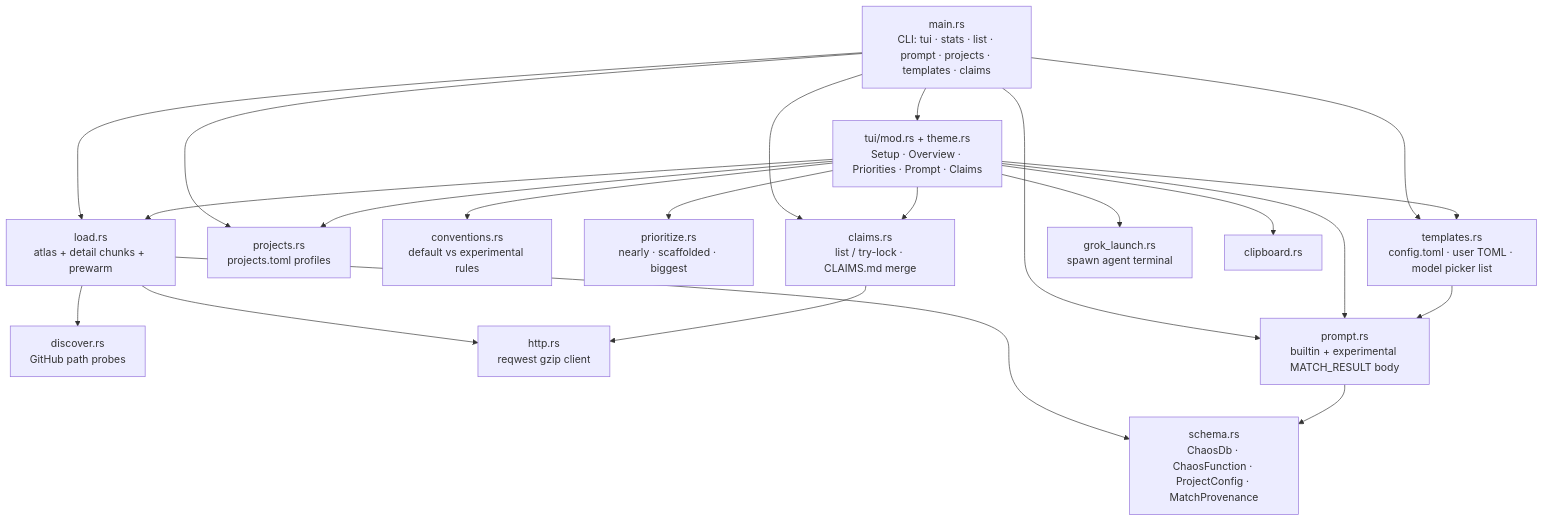
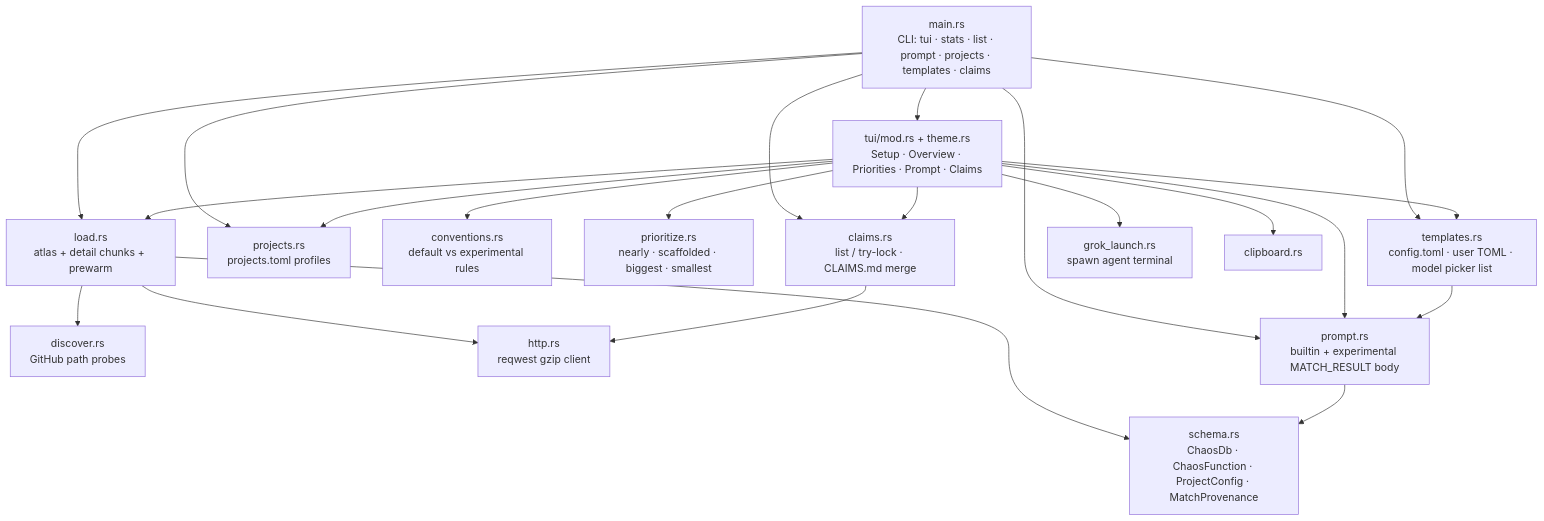
The second of 14 diagrams in docs/ecosystem.md (lunavyqo/chaos-viewer-cli), drawn with Mermaid before and after one commit. The commit also changed 7 other files, not shown here.

First line of the commit message:
feat(prioritize): add smallest functions priority mode (#61)

````diff
--- a/docs/ecosystem.md
+++ b/docs/ecosystem.md
@@ -69,39 +69,39 @@
 ```mermaid
 flowchart TB
   MAIN["main.rs<br/>CLI: tui · stats · list · prompt · projects · templates · claims"]
   TUI["tui/mod.rs + theme.rs<br/>Setup · Overview · Priorities · Prompt · Claims"]
   LOAD["load.rs<br/>atlas + detail chunks + prewarm"]
   DISC["discover.rs<br/>GitHub path probes"]
   HTTP["http.rs<br/>reqwest gzip client"]
   SCHEMA["schema.rs<br/>ChaosDb · ChaosFunction · ProjectConfig · MatchProvenance"]
   PROJ["projects.rs<br/>projects.toml profiles"]
   CONV["conventions.rs<br/>default vs experimental rules"]
-  PRIO["prioritize.rs<br/>nearly · scaffolded · biggest"]
+  PRIO["prioritize.rs<br/>nearly · scaffolded · biggest · smallest"]
   PROMPT["prompt.rs<br/>builtin + experimental MATCH_RESULT body"]
   TPL["templates.rs<br/>config.toml · user TOML · model picker list"]
   CLAIMS["claims.rs<br/>list / try-lock · CLAIMS.md merge"]
   LAUNCH["grok_launch.rs<br/>spawn agent terminal"]
   CLIP["clipboard.rs"]
 
   MAIN --> TUI
   MAIN --> LOAD
   MAIN --> PROMPT
   MAIN --> PROJ
   MAIN --> TPL
   MAIN --> CLAIMS
   TUI --> LOAD
   TUI --> PROMPT
   TUI --> TPL
   TUI --> PROJ
   TUI --> CLAIMS
   TUI --> LAUNCH
   TUI --> PRIO
   TUI --> CONV
   TUI --> CLIP
   LOAD --> DISC
   LOAD --> HTTP
   LOAD --> SCHEMA
   PROMPT --> SCHEMA
   TPL --> PROMPT
   CLAIMS --> HTTP
 ```
````
